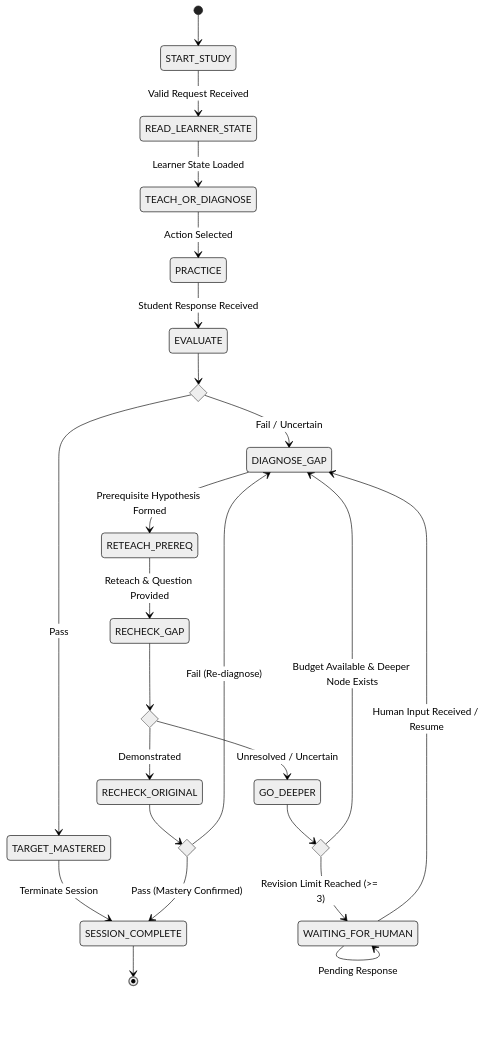
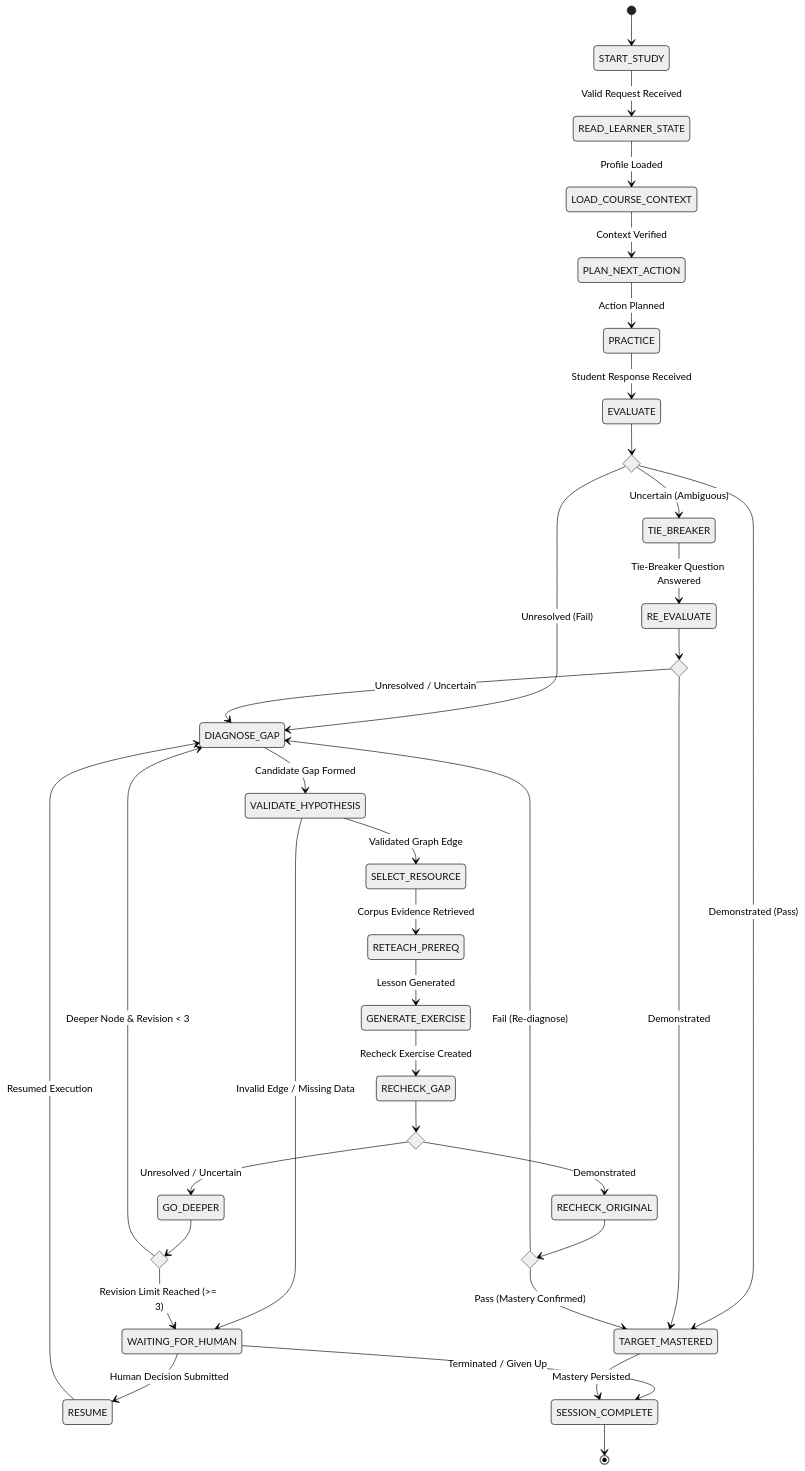
One commit to rajpriyanid-creator/cs changed the diagram in docs/ARCHITECTURE.md. Above: the diagram before and after it, drawn with Mermaid (neutral theme). The commit also changed other lines of this file and 12 other files, not shown here.

````diff
--- a/docs/ARCHITECTURE.md
+++ b/docs/ARCHITECTURE.md
@@ -45,39 +61,53 @@
 ```mermaid
 stateDiagram-v2
     [*] --> START_STUDY
     START_STUDY --> READ_LEARNER_STATE: Valid Request Received
-    READ_LEARNER_STATE --> TEACH_OR_DIAGNOSE: Learner State Loaded
+    READ_LEARNER_STATE --> LOAD_COURSE_CONTEXT: Profile Loaded
+    LOAD_COURSE_CONTEXT --> PLAN_NEXT_ACTION: Context Verified
+    PLAN_NEXT_ACTION --> PRACTICE: Action Planned
 
-    TEACH_OR_DIAGNOSE --> PRACTICE: Action Selected
     PRACTICE --> EVALUATE: Student Response Received
 
     state EVALUATE_DECISION <<choice>>
     EVALUATE --> EVALUATE_DECISION
-    EVALUATE_DECISION --> TARGET_MASTERED: Pass
-    EVALUATE_DECISION --> DIAGNOSE_GAP: Fail / Uncertain
+    EVALUATE_DECISION --> TARGET_MASTERED: Demonstrated (Pass)
+    EVALUATE_DECISION --> DIAGNOSE_GAP: Unresolved (Fail)
+    EVALUATE_DECISION --> TIE_BREAKER: Uncertain (Ambiguous)
 
-    TARGET_MASTERED --> SESSION_COMPLETE: Terminate Session
+    TIE_BREAKER --> RE_EVALUATE: Tie-Breaker Question Answered
+    
+    state RE_EVALUATE_DECISION <<choice>>
+    RE_EVALUATE --> RE_EVALUATE_DECISION
+    RE_EVALUATE_DECISION --> TARGET_MASTERED: Demonstrated
+    RE_EVALUATE_DECISION --> DIAGNOSE_GAP: Unresolved / Uncertain
 
-    DIAGNOSE_GAP --> RETEACH_PREREQ: Prerequisite Hypothesis Formed
-    RETEACH_PREREQ --> RECHECK_GAP: Reteach & Question Provided
+    DIAGNOSE_GAP --> VALIDATE_HYPOTHESIS: Candidate Gap Formed
+    VALIDATE_HYPOTHESIS --> SELECT_RESOURCE: Validated Graph Edge
+    VALIDATE_HYPOTHESIS --> WAITING_FOR_HUMAN: Invalid Edge / Missing Data
 
-    state RECHECK_DECISION <<choice>>
-    RECHECK_GAP --> RECHECK_DECISION
-    RECHECK_DECISION --> RECHECK_ORIGINAL: Demonstrated
-    RECHECK_DECISION --> GO_DEEPER: Unresolved / Uncertain
+    SELECT_RESOURCE --> RETEACH_PREREQ: Corpus Evidence Retrieved
+    RETEACH_PREREQ --> GENERATE_EXERCISE: Lesson Generated
+    GENERATE_EXERCISE --> RECHECK_GAP: Recheck Exercise Created
+
+    state RECHECK_GAP_DECISION <<choice>>
+    RECHECK_GAP --> RECHECK_GAP_DECISION
+    RECHECK_GAP_DECISION --> RECHECK_ORIGINAL: Demonstrated
+    RECHECK_GAP_DECISION --> GO_DEEPER: Unresolved / Uncertain
 
     state GO_DEEPER_DECISION <<choice>>
     GO_DEEPER --> GO_DEEPER_DECISION
-    GO_DEEPER_DECISION --> DIAGNOSE_GAP: Budget Available & Deeper Node Exists
+    GO_DEEPER_DECISION --> DIAGNOSE_GAP: Deeper Node & Revision < 3
     GO_DEEPER_DECISION --> WAITING_FOR_HUMAN: Revision Limit Reached (>= 3)
 
     state RECHECK_ORIGINAL_DECISION <<choice>>
     RECHECK_ORIGINAL --> RECHECK_ORIGINAL_DECISION
-    RECHECK_ORIGINAL_DECISION --> SESSION_COMPLETE: Pass (Mastery Confirmed)
+    RECHECK_ORIGINAL_DECISION --> TARGET_MASTERED: Pass (Mastery Confirmed)
     RECHECK_ORIGINAL_DECISION --> DIAGNOSE_GAP: Fail (Re-diagnose)
 
-    WAITING_FOR_HUMAN --> DIAGNOSE_GAP: Human Input Received / Resume
-    WAITING_FOR_HUMAN --> WAITING_FOR_HUMAN: Pending Response
+    WAITING_FOR_HUMAN --> RESUME: Human Decision Submitted
+    RESUME --> DIAGNOSE_GAP: Resumed Execution
+    WAITING_FOR_HUMAN --> SESSION_COMPLETE: Terminated / Given Up
 
+    TARGET_MASTERED --> SESSION_COMPLETE: Mastery Persisted
     SESSION_COMPLETE --> [*]
 ```
````
